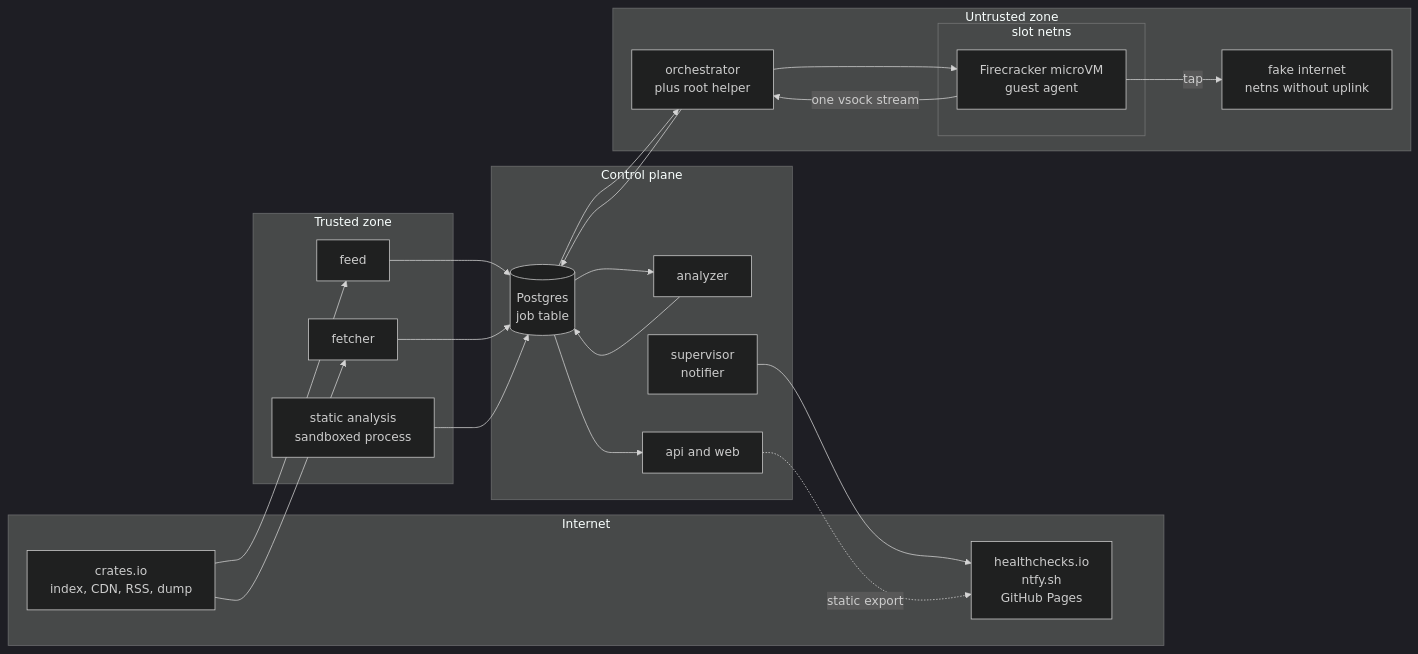
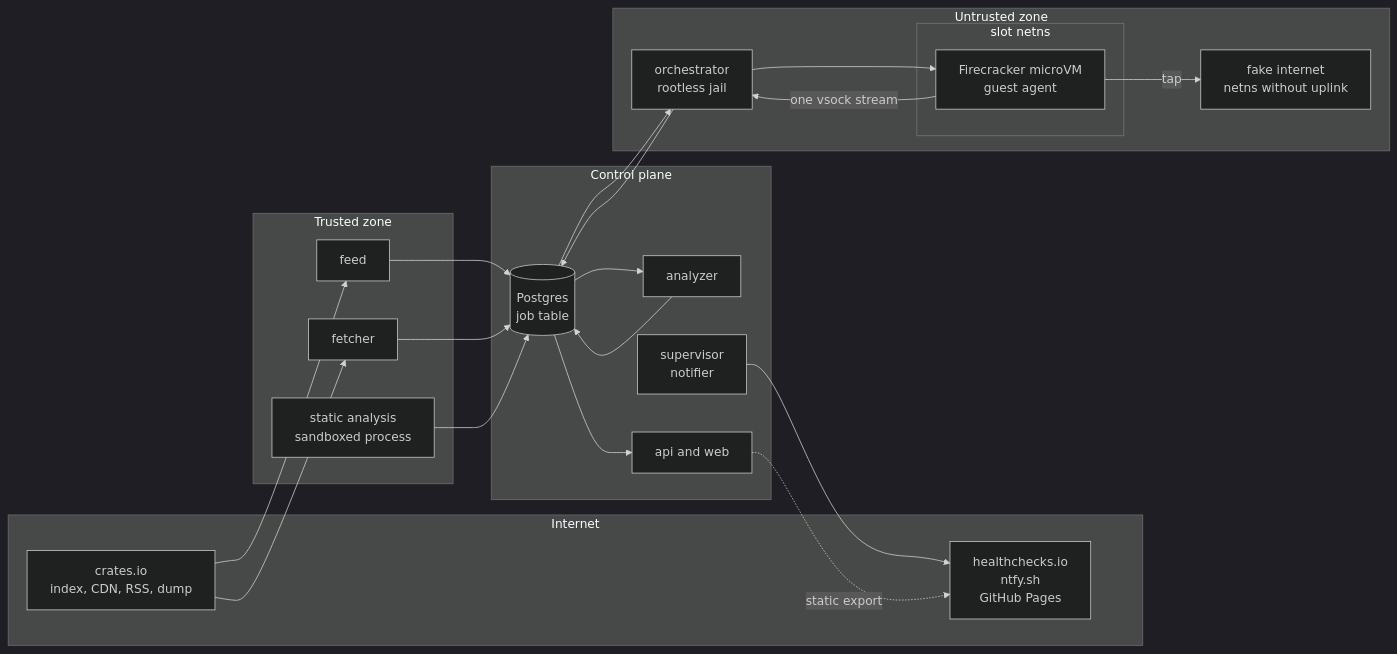
The first of 2 diagrams in docs/ARCHITECTURE.md (janfedler/crateward), drawn with Mermaid (dark theme) before and after one commit. The commit also changed other lines of this file and 20 other files, not shown here.

````diff
--- a/docs/ARCHITECTURE.md
+++ b/docs/ARCHITECTURE.md
@@ -47,40 +47,40 @@
 ```mermaid
 flowchart LR
     subgraph internet[Internet]
         cio[crates.io<br/>index, CDN, RSS, dump]
         ext[healthchecks.io<br/>ntfy.sh<br/>GitHub Pages]
     end
     subgraph trusted[Trusted zone]
         feed[feed]
         fetcher[fetcher]
         sa[static analysis<br/>sandboxed process]
     end
     subgraph untrusted[Untrusted zone]
-        orch[orchestrator<br/>plus root helper]
+        orch[orchestrator<br/>rootless jail]
         subgraph slot[slot netns]
             vm[Firecracker microVM<br/>guest agent]
         end
         fi[fake internet<br/>netns without uplink]
     end
     subgraph control[Control plane]
         pg[(Postgres<br/>job table)]
         an[analyzer]
         api[api and web]
         sup[supervisor<br/>notifier]
     end
     cio --> feed
     cio --> fetcher
     feed --> pg
     fetcher --> pg
     sa --> pg
     pg --> orch
     orch --> vm
     vm -- tap --> fi
     vm -- one vsock stream --> orch
     orch --> pg
     pg --> an
     an --> pg
     pg --> api
     sup --> ext
     api -. static export .-> ext
 ```
````
